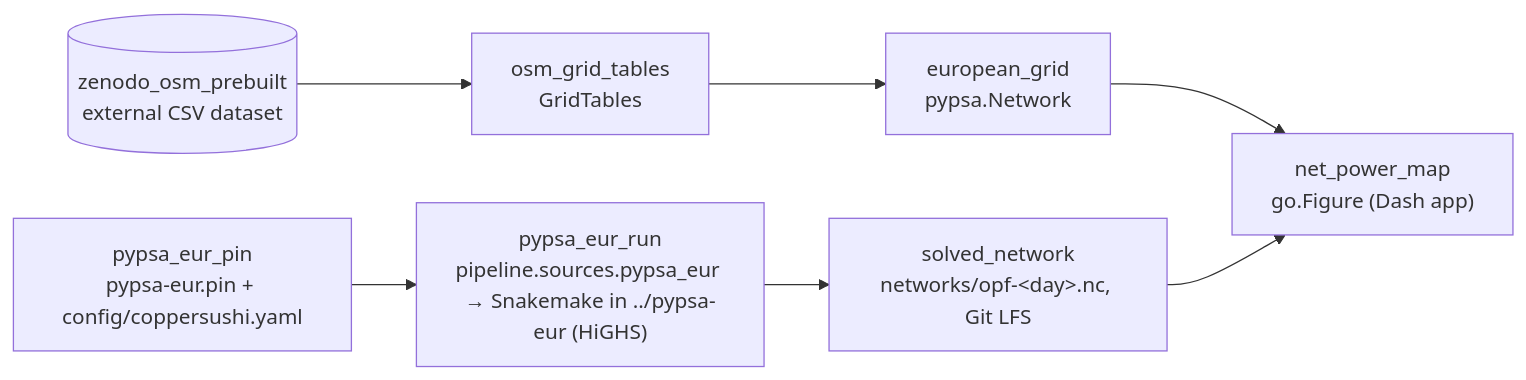
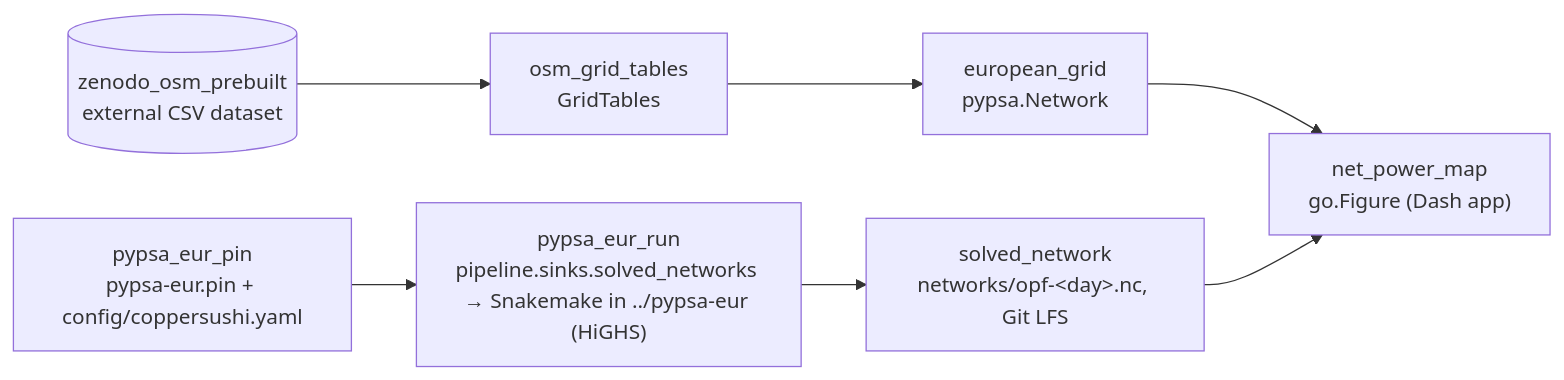
The diagram in wiki/sushi-2.md (zoltanmaric/coppersushi), drawn with Mermaid before and after one commit. The commit also changed 8 other files, not shown here.

First line of the commit message:
Split the PyPSA-Eur runner (a sink) from the solved-network source

````diff
--- a/wiki/sushi-2.md
+++ b/wiki/sushi-2.md
@@ -16,21 +16,21 @@
 ```mermaid
 flowchart LR
     classDef planned stroke-dasharray: 5 5,stroke:#888,color:#888,fill:none
 
     zenodo_osm_prebuilt[("zenodo_osm_prebuilt<br/>external CSV dataset")]
     osm_grid_tables["osm_grid_tables<br/>GridTables"]
     european_grid["european_grid<br/>pypsa.Network"]
     net_power_map["net_power_map<br/>go.Figure (Dash app)"]
 
     pypsa_eur_pin["pypsa_eur_pin<br/>pypsa-eur.pin + config/coppersushi.yaml"]
-    pypsa_eur_run["pypsa_eur_run<br/>pipeline.sources.pypsa_eur → Snakemake in ../pypsa-eur (HiGHS)"]
+    pypsa_eur_run["pypsa_eur_run<br/>pipeline.sinks.solved_networks → Snakemake in ../pypsa-eur (HiGHS)"]
     solved_network["solved_network<br/>networks/opf-&lt;day&gt;.nc, Git LFS"]
 
     zenodo_osm_prebuilt --> osm_grid_tables
     osm_grid_tables --> european_grid
     european_grid --> net_power_map
 
     pypsa_eur_pin --> pypsa_eur_run
     pypsa_eur_run --> solved_network
     solved_network --> net_power_map
 ```
````
